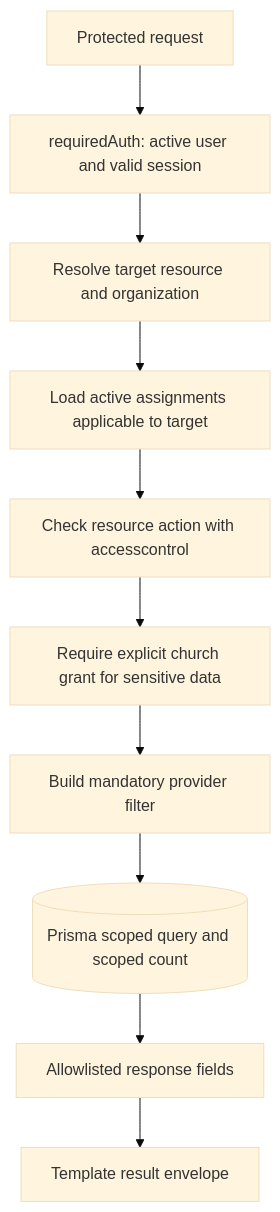
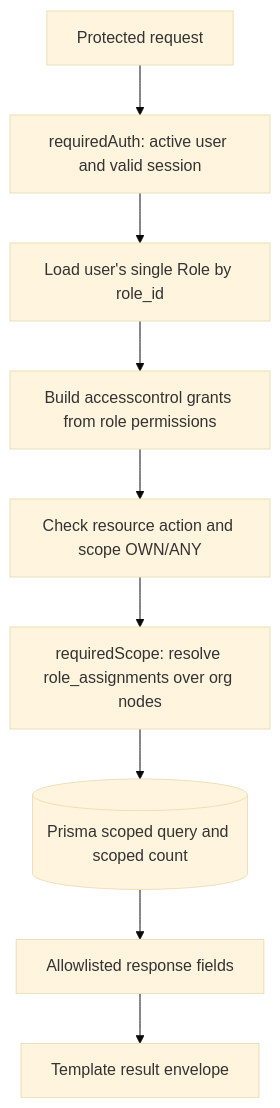
One commit to prayer365admin/website-prayer-365 changed the second of 16 diagrams in docs/SPEC.md. Above: the diagram before and after it, drawn with Mermaid (base theme). The commit also changed other lines of this file and 23 other files, not shown here.

````diff
--- a/docs/SPEC.md
+++ b/docs/SPEC.md
@@ -211,12 +222,11 @@
 ```mermaid
 flowchart TD
     Request[Protected request] --> Identity[requiredAuth: active user and valid session]
-    Identity --> Resource[Resolve target resource and organization]
-    Resource --> Assignments[Load active assignments applicable to target]
-    Assignments --> AC[Check resource action with accesscontrol]
-    AC --> Sensitive[Require explicit church grant for sensitive data]
-    Sensitive --> Scope[Build mandatory provider filter]
-    Scope --> DB[(Prisma scoped query and scoped count)]
+    Identity --> Role[Load user's single Role by role_id]
+    Role --> AC[Build accesscontrol grants from role permissions]
+    AC --> Check[Check resource action and scope OWN/ANY]
+    Check --> Tenant[requiredScope: resolve role_assignments over org nodes]
+    Tenant --> DB[(Prisma scoped query and scoped count)]
     DB --> DTO[Allowlisted response fields]
     DTO --> Response[Template result envelope]
 ```
````
